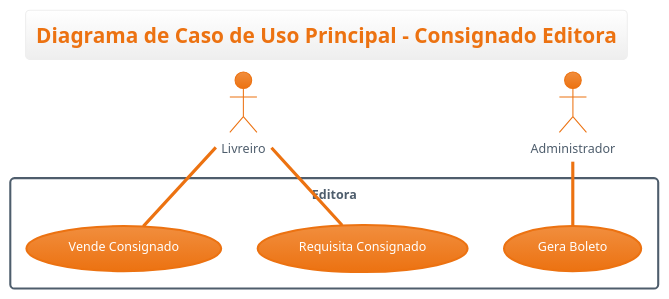
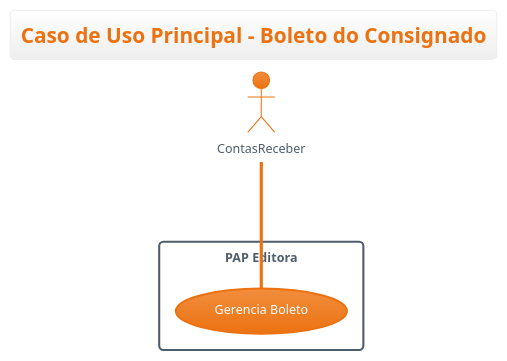
The diagram in docs/UseCase.puml (samoryfiotec/Editora), drawn with PlantUML before and after one commit. The commit also changed 8 other files, not shown here.

Commit message:
Refeitos os diagramas

```diff
--- a/docs/UseCase.puml
+++ b/docs/UseCase.puml
@@ -1,18 +1,11 @@
 @startuml ConsignadoEditora
-Title: Diagrama de Caso de Uso Principal - Consignado Editora
+Title: Caso de Uso Principal - Boleto do Consignado
 !theme aws-orange
-' left to right direction
 
-actor Livreiro
-actor Administrador
+actor ContasReceber
 
-rectangle "Editora" {
-    Livreiro -- (Requisita Consignado)
-    Livreiro -- (Vende Consignado)
-    ' Usuario -- (Atualizar Perfil)
-    Administrador -- (Gera Boleto)
-    ' Administrador -- (Visualizar Relatórios)
-    ' (Gerenciar Usuários) .> (Realizar Login) : <<include>>
+rectangle "PAP Editora" as PAP {
+    ContasReceber --- (Gerencia Boleto)
 }
 
 @enduml
```
